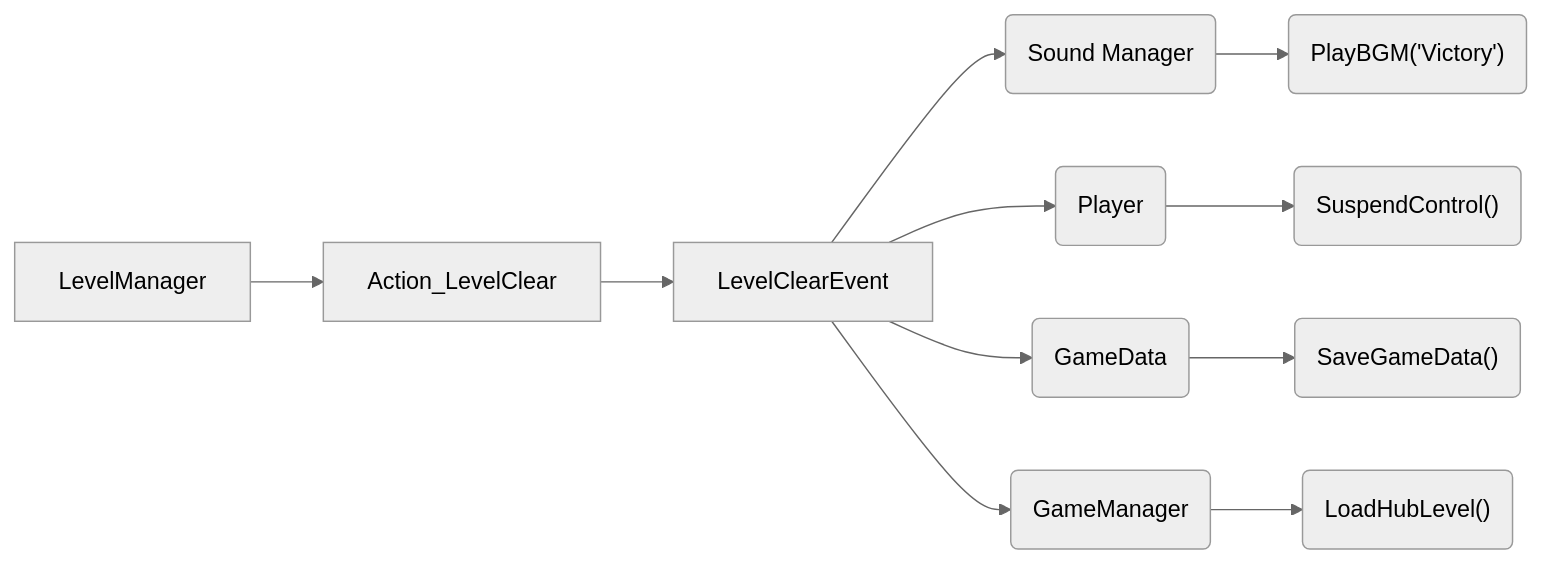
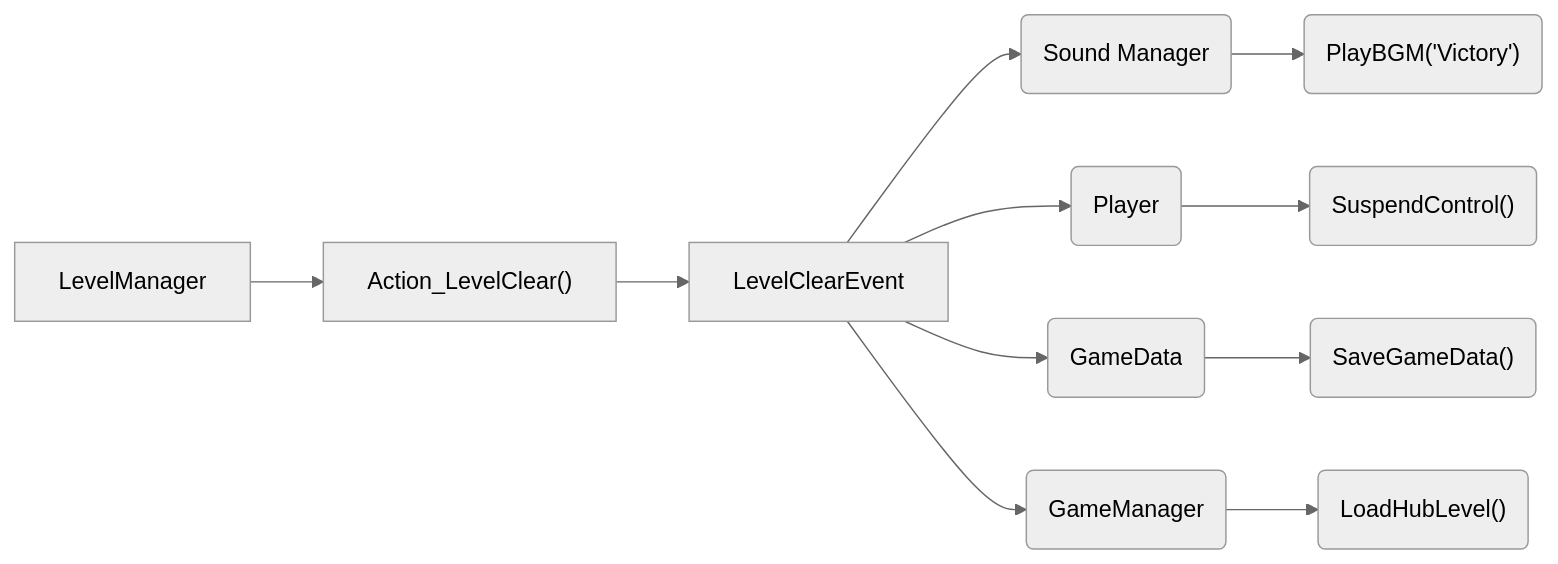
Before and after one commit to gsg-jay/GamePatterns: the diagram in EventFlow.md, drawn with Mermaid (neutral theme).

````diff
--- a/EventFlow.md
+++ b/EventFlow.md
@@ -1,10 +1,10 @@
 ```mermaid
 flowchart LR;
 lm["LevelManager"]
-lm-->lc["Action_LevelClear"]
+lm-->lc["Action_LevelClear()"]
 lc-->e["LevelClearEvent"]
 e-->sm("Sound Manager")-->smeh("PlayBGM('Victory')")
 e-->p("Player")-->peh("SuspendControl()")
 e-->gd("GameData")-->gdeh("SaveGameData()")
 e-->gm("GameManager")-->gmeh("LoadHubLevel()");
 ```
````
